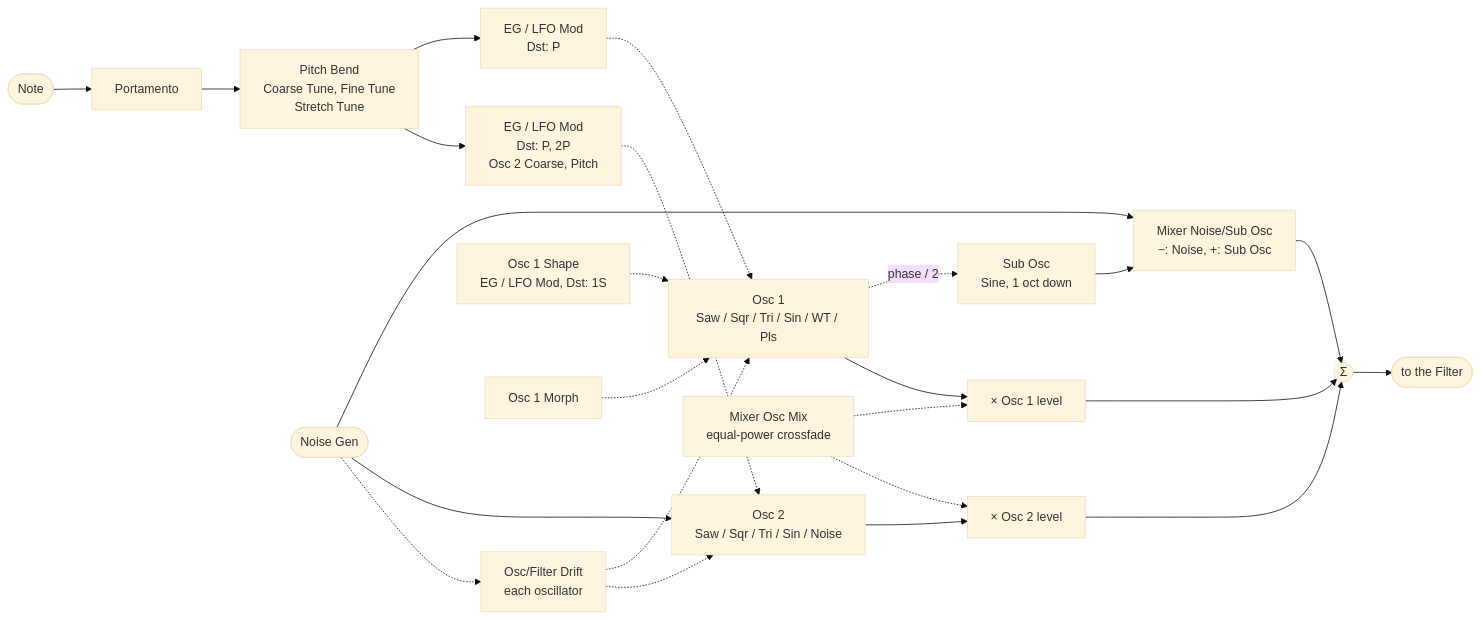
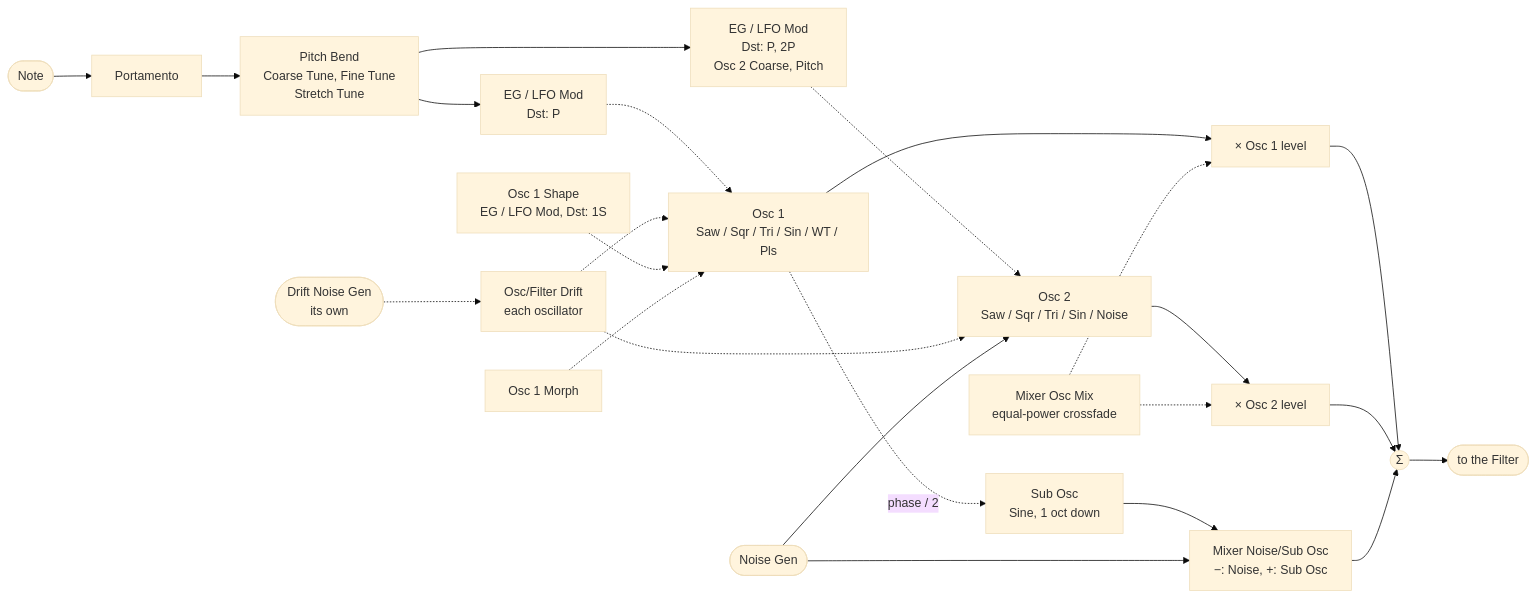
The first of 10 diagrams in PRA32-U2-Block-Diagrams.md (risgk/digital-synth-pra32-u2), drawn with Mermaid (base theme) before and after one commit. The commit also changed other lines of this file and 3 other files, not shown here.

Commit message:
Docs: the block diagrams of PRA32-U2/M and the drift, the smoothing, and Voice Group Mode in the chart

````diff
--- a/PRA32-U2-Block-Diagrams.md
+++ b/PRA32-U2-Block-Diagrams.md
@@ -16,24 +16,24 @@
 ```mermaid
 flowchart LR
     NOTE([Note]) --> PORT["Portamento"]
     PORT --> PT["Pitch Bend<br/>Coarse Tune, Fine Tune<br/>Stretch Tune"]
     PT --> P1["EG / LFO Mod<br/>Dst: P"]
     PT --> P2["EG / LFO Mod<br/>Dst: P, 2P<br/>Osc 2 Coarse, Pitch"]
     P1 -.-> O1["Osc 1<br/>Saw / Sqr / Tri / Sin / WT / Pls"]
     P2 -.-> O2["Osc 2<br/>Saw / Sqr / Tri / Sin / Noise"]
     DR["Osc/Filter Drift<br/>each oscillator"] -.-> O1 & O2
     SH["Osc 1 Shape<br/>EG / LFO Mod, Dst: 1S"] -.-> O1
     MO["Osc 1 Morph"] -.-> O1
     O1 -.->|"phase / 2"| SUB["Sub Osc<br/>Sine, 1 oct down"]
     O1 --> G1["× Osc 1 level"]
     O2 --> G2["× Osc 2 level"]
     MIX["Mixer Osc Mix<br/>equal-power crossfade"] -.-> G1 & G2
     SUB --> NS["Mixer Noise/Sub Osc<br/>−: Noise, +: Sub Osc"]
     NG([Noise Gen]) --> NS
     NG --> O2
-    NG -.-> DR
+    DNG([Drift Noise Gen<br/>its own]) -.-> DR
     G1 --> SUM((Σ))
     G2 --> SUM
     NS --> SUM
     SUM --> OUT([to the Filter])
 ```
````
